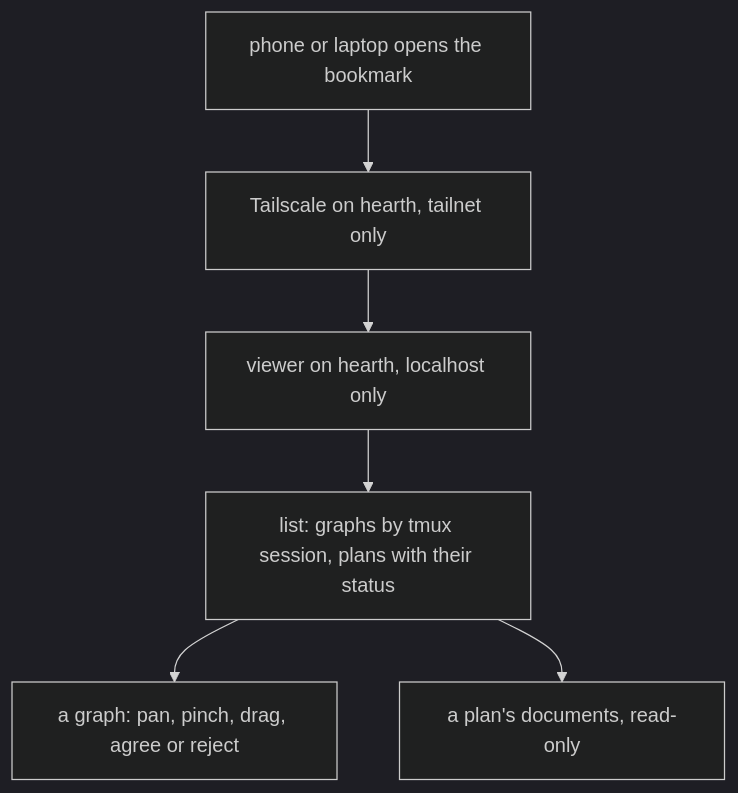
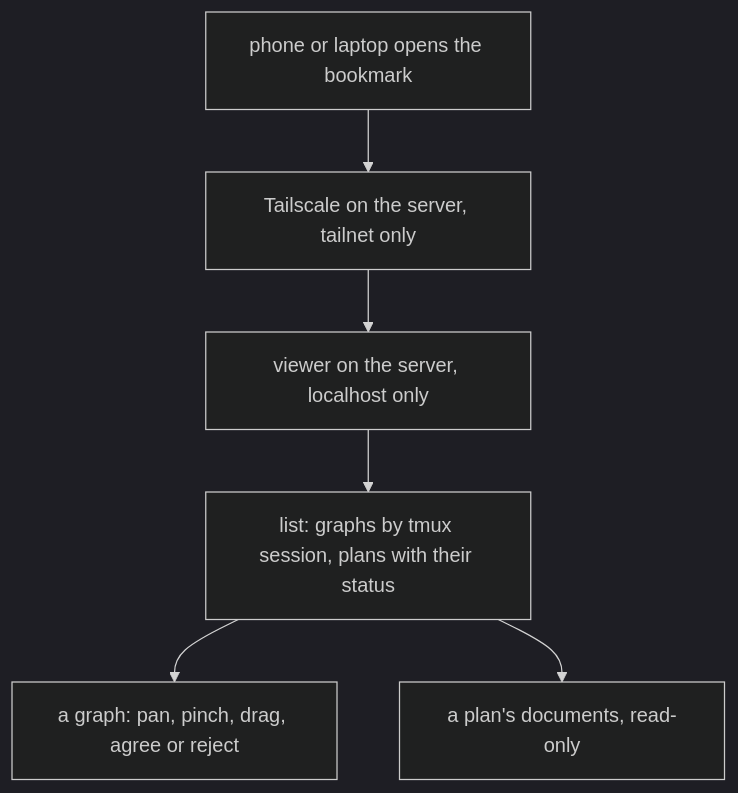
Before and after one commit to brilliantshine/wheelchair: the second of 2 diagrams in docs/plans/remote-viewer/PLAN.md, drawn with Mermaid (dark theme). The commit also changed other lines of this file and 8 other files, not shown here.

Commit message:
docs/plans: replace the machine and tailnet names in remote-viewer and remember-me

````diff
--- a/docs/plans/remote-viewer/PLAN.md
+++ b/docs/plans/remote-viewer/PLAN.md
@@ -172,8 +172,8 @@
 ```mermaid
 flowchart TD
-  P[phone or laptop opens the bookmark] --> T[Tailscale on hearth, tailnet only]
-  T --> V[viewer on hearth, localhost only]
+  P[phone or laptop opens the bookmark] --> T[Tailscale on the server, tailnet only]
+  T --> V[viewer on the server, localhost only]
   V --> L[list: graphs by tmux session, plans with their status]
   L --> G[a graph: pan, pinch, drag, agree or reject]
   L --> D[a plan's documents, read-only]
 ```
````
